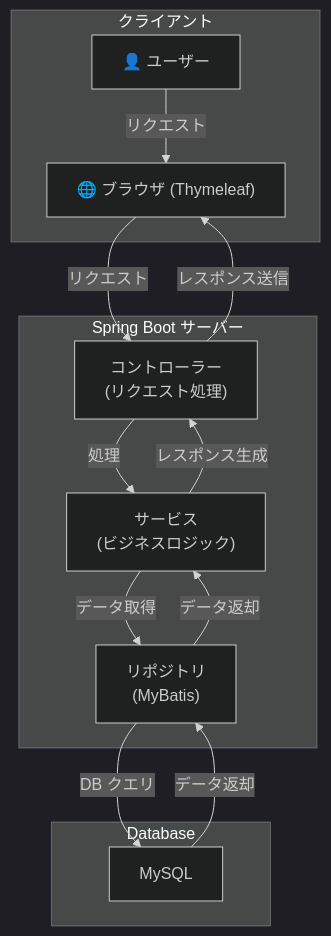
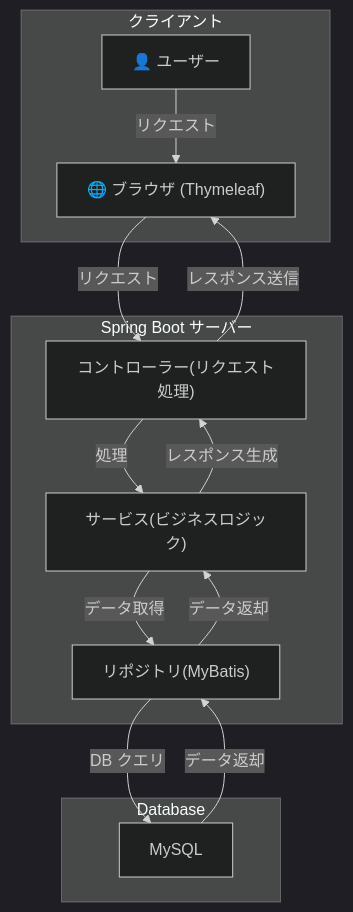
The first of 2 diagrams in README.md (chungminsik/restaurant-order-app), drawn with Mermaid (dark theme) before and after one commit.

````diff
--- a/README.md
+++ b/README.md
@@ -27,27 +27,27 @@
 ```mermaid
 graph TD;
     subgraph クライアント
         User["👤 ユーザー"]
         Browser["🌐 ブラウザ (Thymeleaf)"]
     end
 
     subgraph サーバー["Spring Boot サーバー"]
-        Controller["コントローラー\n(リクエスト処理)"]
-        Service["サービス\n(ビジネスロジック)"]
-        Repository["リポジトリ\n(MyBatis)"]
+        Controller["コントローラー(リクエスト処理)"]
+        Service["サービス(ビジネスロジック)"]
+        Repository["リポジトリ(MyBatis)"]
     end
 
     subgraph データベース["Database"]
         MySQL["MySQL"]
     end
 
     User -->|リクエスト| Browser
     Browser -->|リクエスト| Controller
     Controller -->|処理| Service
     Service -->|データ取得| Repository
     Repository -->|DB クエリ| MySQL
     MySQL -->|データ返却| Repository
     Repository -->|データ返却| Service
     Service -->|レスポンス生成| Controller
     Controller -->|レスポンス送信| Browser
 ```
````
